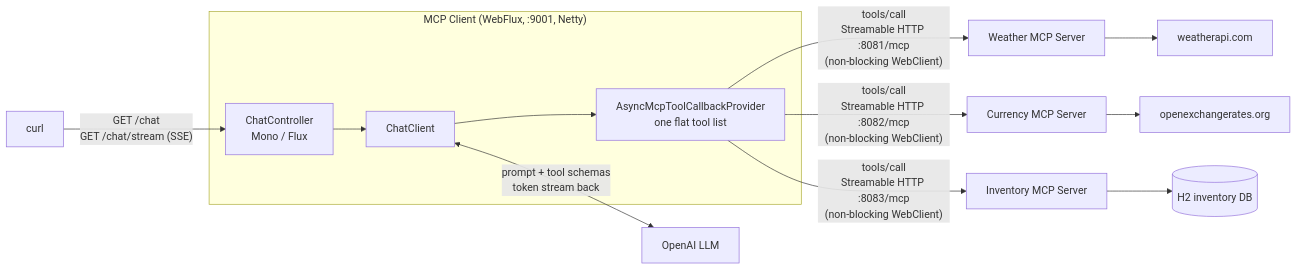
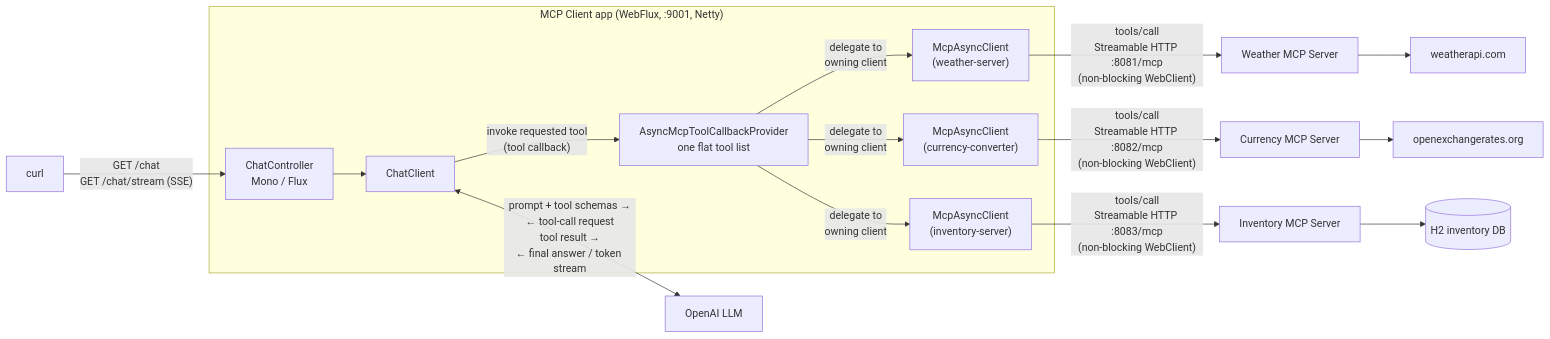
The diagram in mcp/mcp-client/webflux/README.md (dilipsundarraj1/spring-ai), drawn with Mermaid before and after one commit. The commit also changed other lines of this file and 2 other files, not shown here.

Commit message:
update build.gradle to include Spring AI dependencies and refine README for clarity on MCP client functionality

````diff
--- a/mcp/mcp-client/webflux/README.md
+++ b/mcp/mcp-client/webflux/README.md
@@ -60,19 +61,22 @@
 ```mermaid
 flowchart LR
     U["curl"] -- "GET /chat<br/>GET /chat/stream (SSE)" --> CC
 
-    subgraph APP["MCP Client (WebFlux, :9001, Netty)"]
+    subgraph APP["MCP Client app (WebFlux, :9001, Netty)"]
         CC["ChatController<br/>Mono / Flux"] --> CH["ChatClient"]
-        CH --> TP["AsyncMcpToolCallbackProvider<br/>one flat tool list"]
+        CH -- "invoke requested tool<br/>(tool callback)" --> TP["AsyncMcpToolCallbackProvider<br/>one flat tool list"]
+        TP -- "delegate to<br/>owning client" --> C1["McpAsyncClient<br/>(weather-server)"]
+        TP -- "delegate to<br/>owning client" --> C2["McpAsyncClient<br/>(currency-converter)"]
+        TP -- "delegate to<br/>owning client" --> C3["McpAsyncClient<br/>(inventory-server)"]
     end
 
-    CH <-- "prompt + tool schemas<br/>token stream back" --> LLM["OpenAI LLM"]
+    CH <-- "prompt + tool schemas →<br/>← tool-call request<br/>tool result →<br/>← final answer / token stream" --> LLM["OpenAI LLM"]
 
-    TP -- "tools/call<br/>Streamable HTTP :8081/mcp<br/>(non-blocking WebClient)" --> WS["Weather MCP Server"]
-    TP -- "tools/call<br/>Streamable HTTP :8082/mcp<br/>(non-blocking WebClient)" --> XS["Currency MCP Server"]
-    TP -- "tools/call<br/>Streamable HTTP :8083/mcp<br/>(non-blocking WebClient)" --> IS["Inventory MCP Server"]
+    C1 -- "tools/call<br/>Streamable HTTP :8081/mcp<br/>(non-blocking WebClient)" --> WS["Weather MCP Server"]
+    C2 -- "tools/call<br/>Streamable HTTP :8082/mcp<br/>(non-blocking WebClient)" --> XS["Currency MCP Server"]
+    C3 -- "tools/call<br/>Streamable HTTP :8083/mcp<br/>(non-blocking WebClient)" --> IS["Inventory MCP Server"]
 
     WS --> WA["weatherapi.com"]
     XS --> OX["openexchangerates.org"]
     IS --> DB[("H2 inventory DB")]
 ```
````
